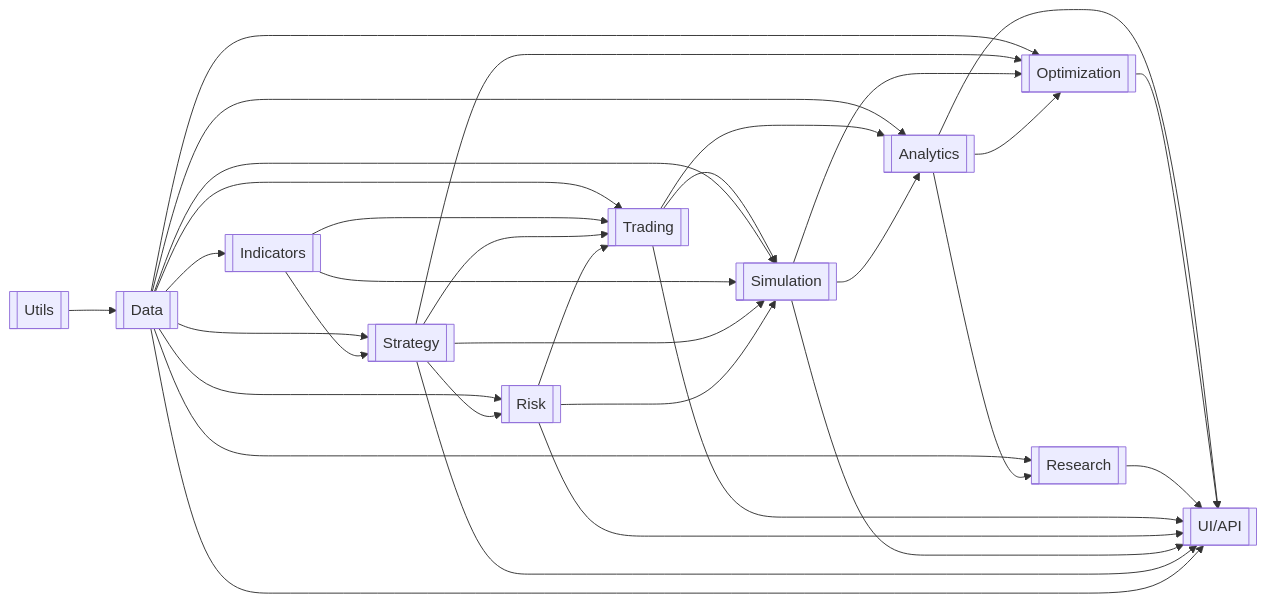
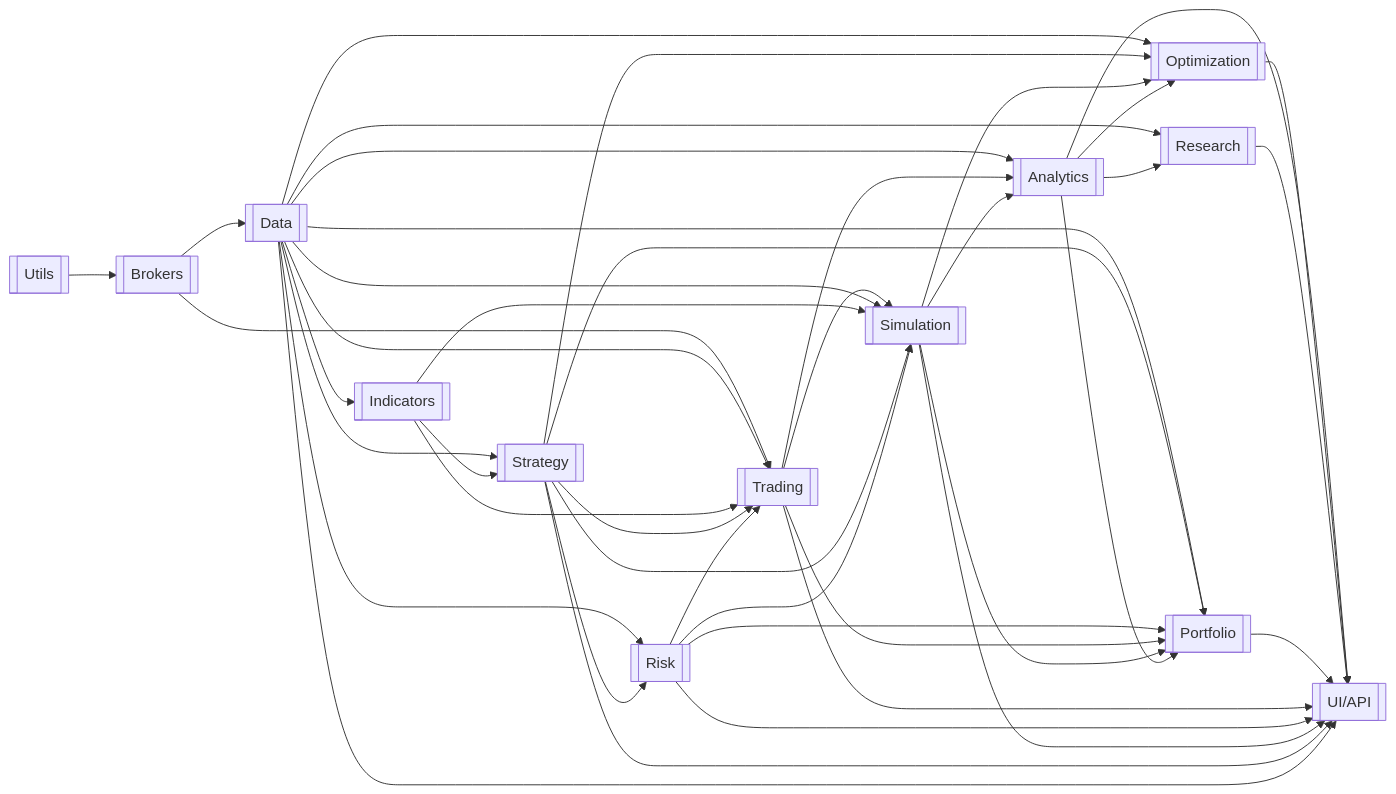
The second of 5 diagrams in docs/PROJECT.md (haruperi/HaruQuantAI), drawn with Mermaid before and after one commit. The commit also changed other lines of this file and 83 other files, not shown here.

````diff
--- a/docs/PROJECT.md
+++ b/docs/PROJECT.md
@@ -229,47 +258,58 @@
 ```mermaid
 flowchart LR
     UTILS[[Utils]]
+    BROKER[[Brokers]]
     DATA[[Data]]
     IND[[Indicators]]
     STRAT[[Strategy]]
     RISK[[Risk]]
     TRADE[[Trading]]
     SIM[[Simulation]]
     ANA[[Analytics]]
     OPT[[Optimization]]
     RES[[Research]]
+    PORT[[Portfolio]]
     UIAPI[[UI/API]]
 
-    UTILS --> DATA
+    UTILS --> BROKER
+    BROKER --> DATA
+    BROKER --> TRADE
     DATA --> IND
     DATA --> STRAT
     DATA --> RISK
     DATA --> TRADE
     IND --> TRADE
     STRAT --> TRADE
     DATA --> RES
     DATA --> OPT
     DATA --> ANA
     IND --> STRAT
     STRAT --> RISK
     STRAT --> OPT
     RISK --> TRADE
     TRADE --> SIM
     DATA --> SIM
     IND --> SIM
     STRAT --> SIM
     RISK --> SIM
     TRADE --> ANA
     SIM --> ANA
     SIM --> OPT
     ANA --> OPT
     ANA --> RES
+    DATA --> PORT
+    STRAT --> PORT
+    RISK --> PORT
+    TRADE --> PORT
+    SIM --> PORT
+    ANA --> PORT
     ANA --> UIAPI
     OPT --> UIAPI
     RES --> UIAPI
+    PORT --> UIAPI
     TRADE --> UIAPI
     RISK --> UIAPI
     SIM --> UIAPI
     STRAT --> UIAPI
     DATA --> UIAPI
 ```
````
